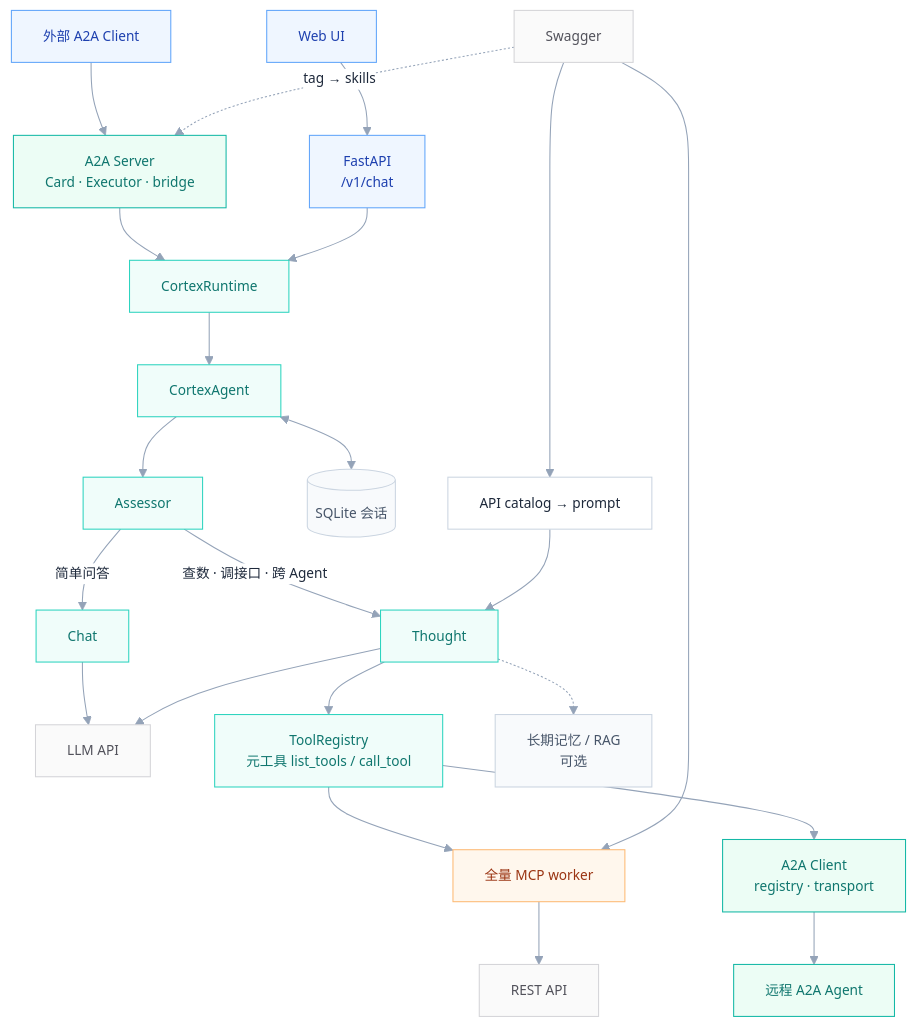
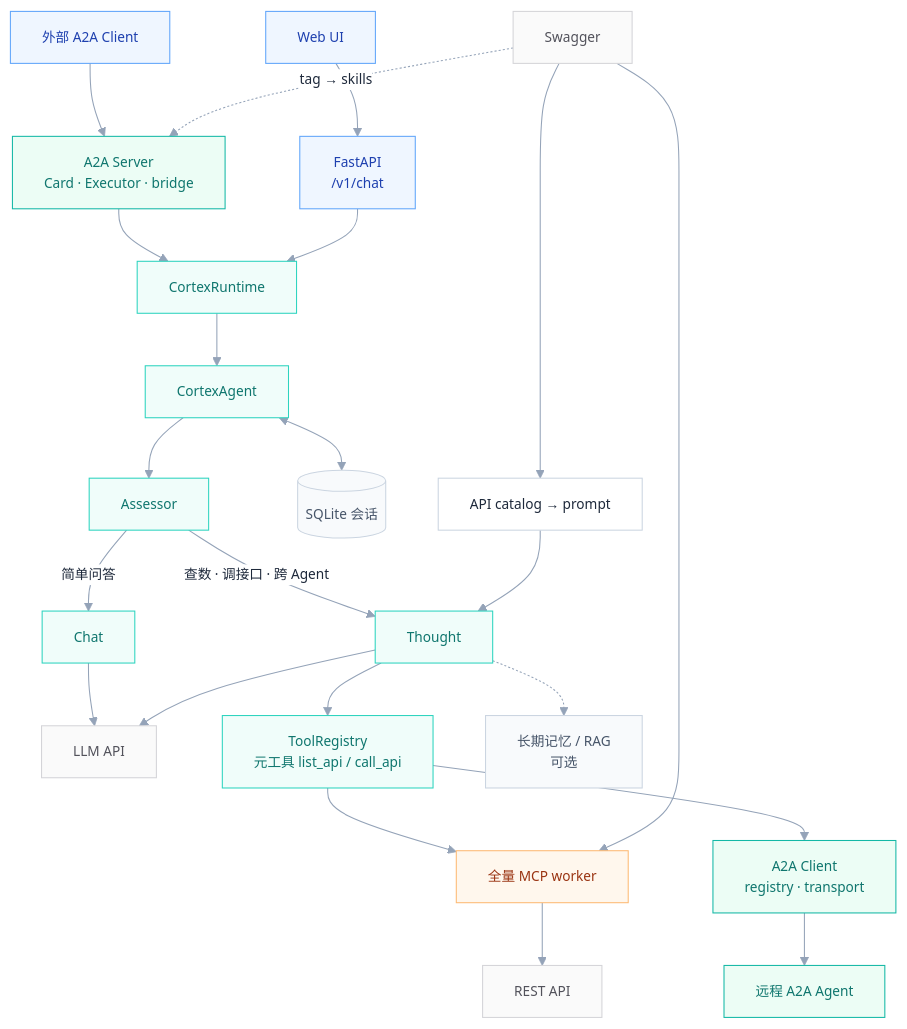
One commit to Zhong-y-j/Hubloom changed the second of 4 diagrams in docs/Hubloom总体架构图.md. Above: the diagram before and after it, drawn with Mermaid. The commit also changed other lines of this file and 25 other files, not shown here.

First line of the commit message:
将业务元工具重命名为 list_api / call_api，并移除未使用的 MCPTool。

````diff
--- a/docs/Hubloom总体架构图.md
+++ b/docs/Hubloom总体架构图.md
@@ -71,40 +71,40 @@
 ```mermaid
 %%{init: {"theme":"base","themeVariables":{"background":"#ffffff","primaryColor":"#ffffff","primaryBorderColor":"#cbd5e1","primaryTextColor":"#1e293b","lineColor":"#94a3b8","fontSize":"13px"}}}%%
 flowchart TB
     UI["Web UI"] --> API["FastAPI<br/>/v1/chat"]
     EXT["外部 A2A Client"] --> A2AS["A2A Server<br/>Card · Executor · bridge"]
     A2AS --> RT
     API --> RT["CortexRuntime"] --> AG["CortexAgent"] --> AS["Assessor"]
 
     AS -->|简单问答| CH["Chat"]
     AS -->|查数 · 调接口 · 跨 Agent| TH["Thought"]
 
     CH --> LLM["LLM API"]
     TH --> LLM
 
-    TH --> TOOLS["ToolRegistry<br/>元工具 list_tools / call_tool"]
+    TH --> TOOLS["ToolRegistry<br/>元工具 list_api / call_api"]
     TOOLS --> WK["全量 MCP worker"] --> REST["REST API"]
     TOOLS --> A2AC["A2A Client<br/>registry · transport"] --> RA["远程 A2A Agent"]
 
     AG <--> SQL[("SQLite 会话")]
     TH -.-> MEM["长期记忆 / RAG<br/>可选"]
 
     SW["Swagger"] --> CAT["API catalog → prompt"]
     SW --> WK
     CAT --> TH
     SW -.->|"tag → skills"| A2AS
 
     classDef entry fill:#eff6ff,stroke:#60a5fa,color:#1e40af
     classDef orch fill:#f0fdfa,stroke:#2dd4bf,color:#0f766e
     classDef mcp fill:#fff7ed,stroke:#fdba74,color:#9a3412
     classDef a2a fill:#ecfdf5,stroke:#14b8a6,color:#0f766e
     classDef store fill:#f8fafc,stroke:#cbd5e1,color:#475569
     classDef ext fill:#fafafa,stroke:#d4d4d8,color:#52525b
 
     class UI,API,EXT entry
     class RT,AG,AS,CH,TH,TOOLS orch
     class GW,POOL,WK mcp
     class A2AS,A2AC,RA a2a
     class SQL,MEM store
     class LLM,SW,REST ext
 ```
````
